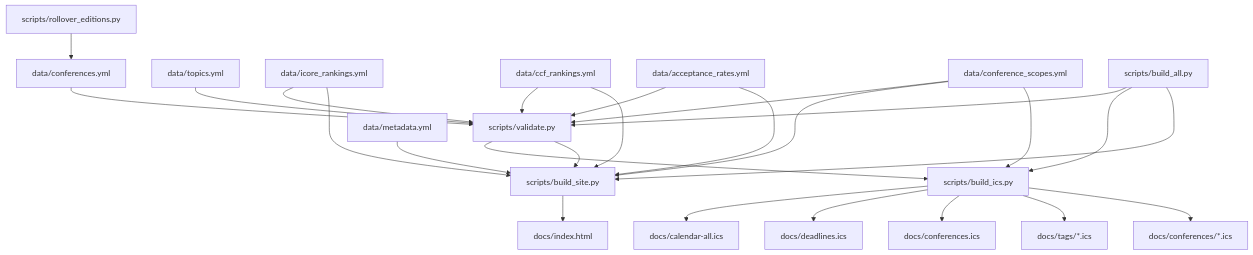
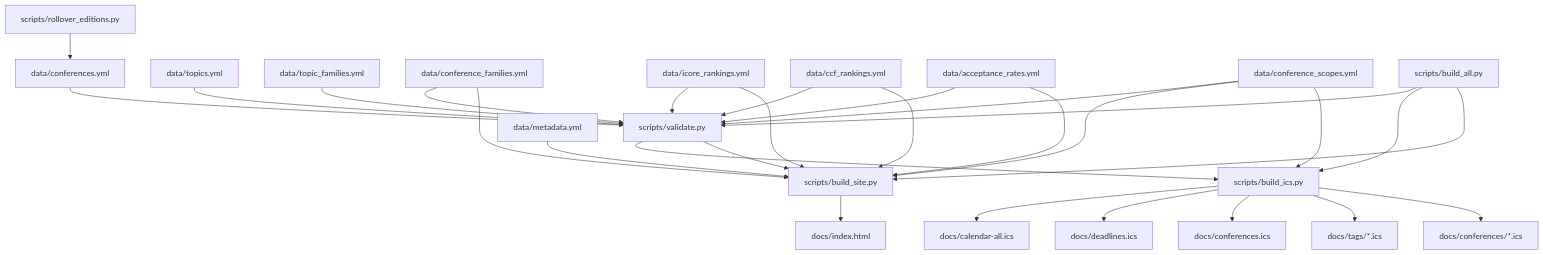
One commit to gon-uri/scientific-conference-calendar changed the diagram in project_docs/architecture.md. Above: the diagram before and after it, drawn with Mermaid. The commit also changed other lines of this file and 95 other files, not shown here.

````diff
--- a/project_docs/architecture.md
+++ b/project_docs/architecture.md
@@ -118,27 +128,30 @@
 ```mermaid
 flowchart TD
   A["data/conferences.yml"] --> V["scripts/validate.py"]
   B["data/topics.yml"] --> V
+  TF["data/topic_families.yml"] --> V
+  CF["data/conference_families.yml"] --> V
+  CF --> S
   C["data/metadata.yml"] --> S["scripts/build_site.py"]
   R["data/icore_rankings.yml"] --> V
   R --> S
   CR["data/ccf_rankings.yml"] --> V
   CR --> S
   AR["data/acceptance_rates.yml"] --> V
   AR --> S
   SC["data/conference_scopes.yml"] --> V
   SC --> S
   SC --> I
   RO["scripts/rollover_editions.py"] --> A
   V --> I["scripts/build_ics.py"]
   V --> S
   I --> D1["docs/calendar-all.ics"]
   I --> D2["docs/deadlines.ics"]
   I --> D3["docs/conferences.ics"]
   I --> D4["docs/tags/*.ics"]
   I --> D5["docs/conferences/*.ics"]
   S --> H["docs/index.html"]
   BA["scripts/build_all.py"] --> V
   BA --> I
   BA --> S
 ```
````
